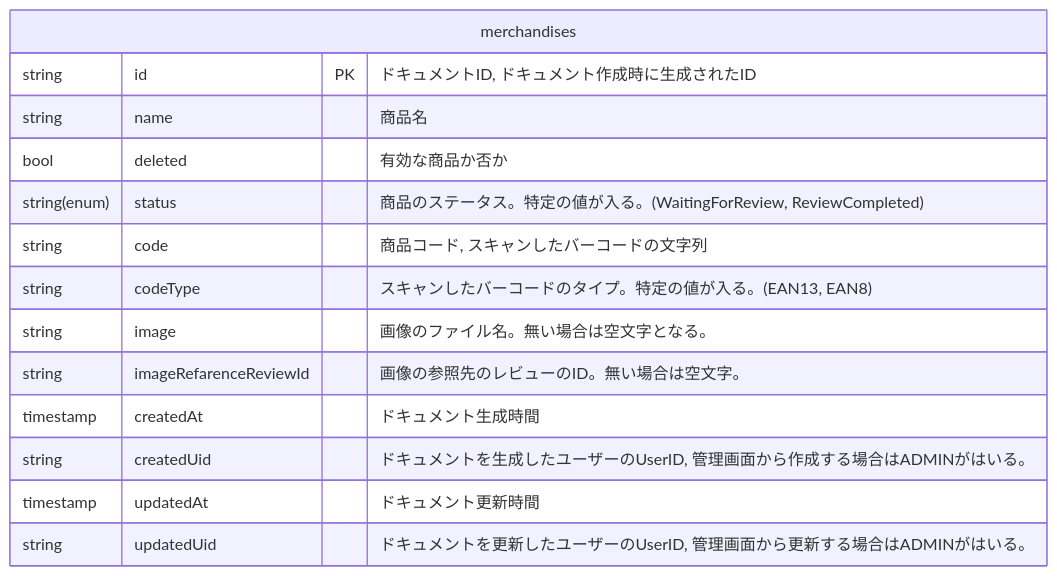
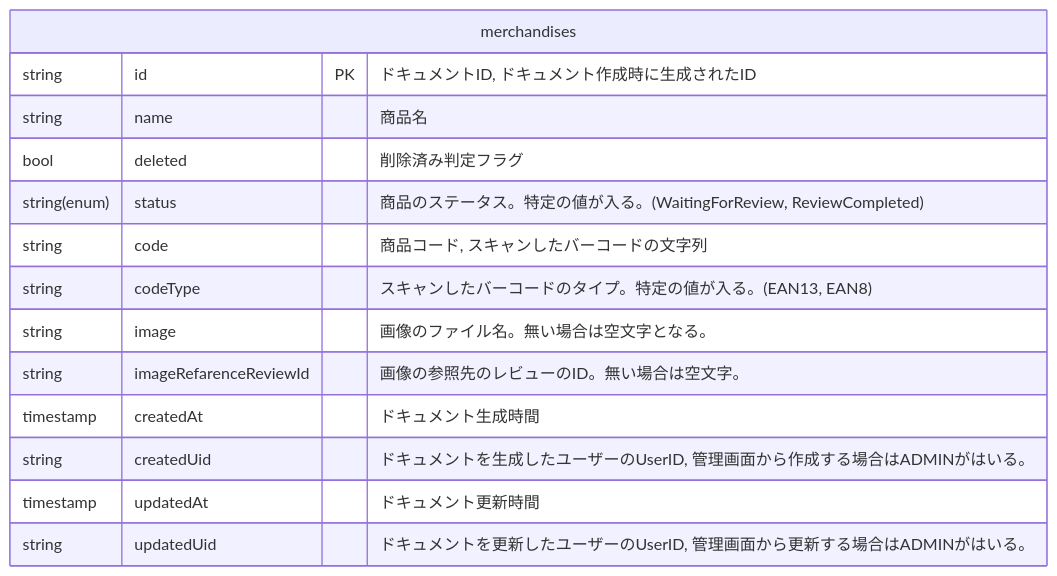
Before and after one commit to takoikatakotako/reviewers: the fourth of 5 diagrams in documents/firebase-firestore.md, drawn with Mermaid. The commit also changed other lines of this file and 1 other file, not shown here.

````diff
--- a/documents/firebase-firestore.md
+++ b/documents/firebase-firestore.md
@@ -126,17 +126,17 @@
 ```mermaid
 erDiagram
   merchandises {
     string id PK "ドキュメントID, ドキュメント作成時に生成されたID"
     string name "商品名"
-    bool deleted "有効な商品か否か"
+    bool deleted "削除済み判定フラグ"
     string(enum) status "商品のステータス。特定の値が入る。(WaitingForReview, ReviewCompleted)"
     string code "商品コード, スキャンしたバーコードの文字列"
     string codeType "スキャンしたバーコードのタイプ。特定の値が入る。(EAN13, EAN8)"
     string image "画像のファイル名。無い場合は空文字となる。"
     string imageRefarenceReviewId "画像の参照先のレビューのID。無い場合は空文字。"
     timestamp createdAt "ドキュメント生成時間"
     string createdUid "ドキュメントを生成したユーザーのUserID, 管理画面から作成する場合はADMINがはいる。"
     timestamp updatedAt "ドキュメント更新時間"
     string updatedUid "ドキュメントを更新したユーザーのUserID, 管理画面から更新する場合はADMINがはいる。"
   }
 ```
````
